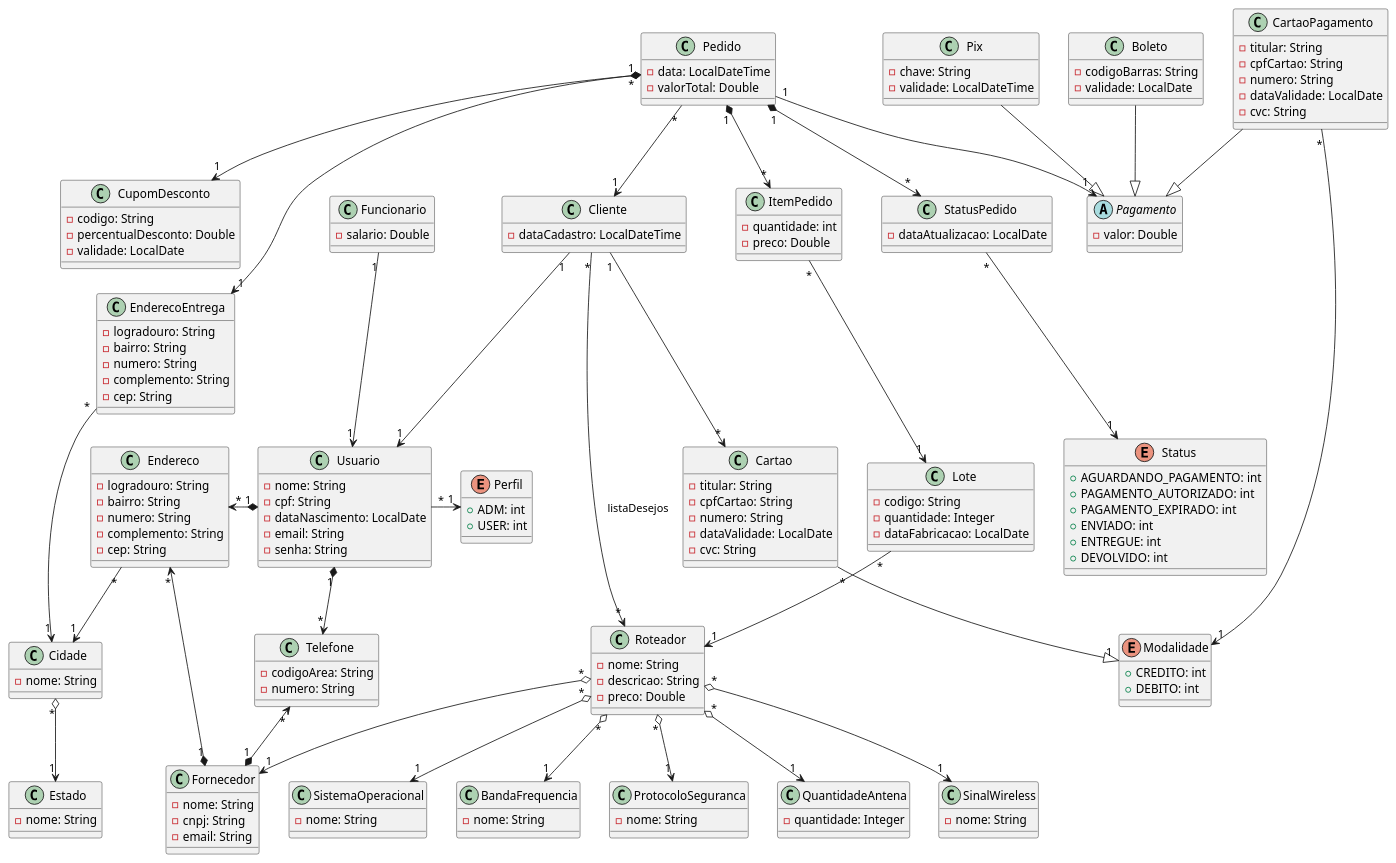
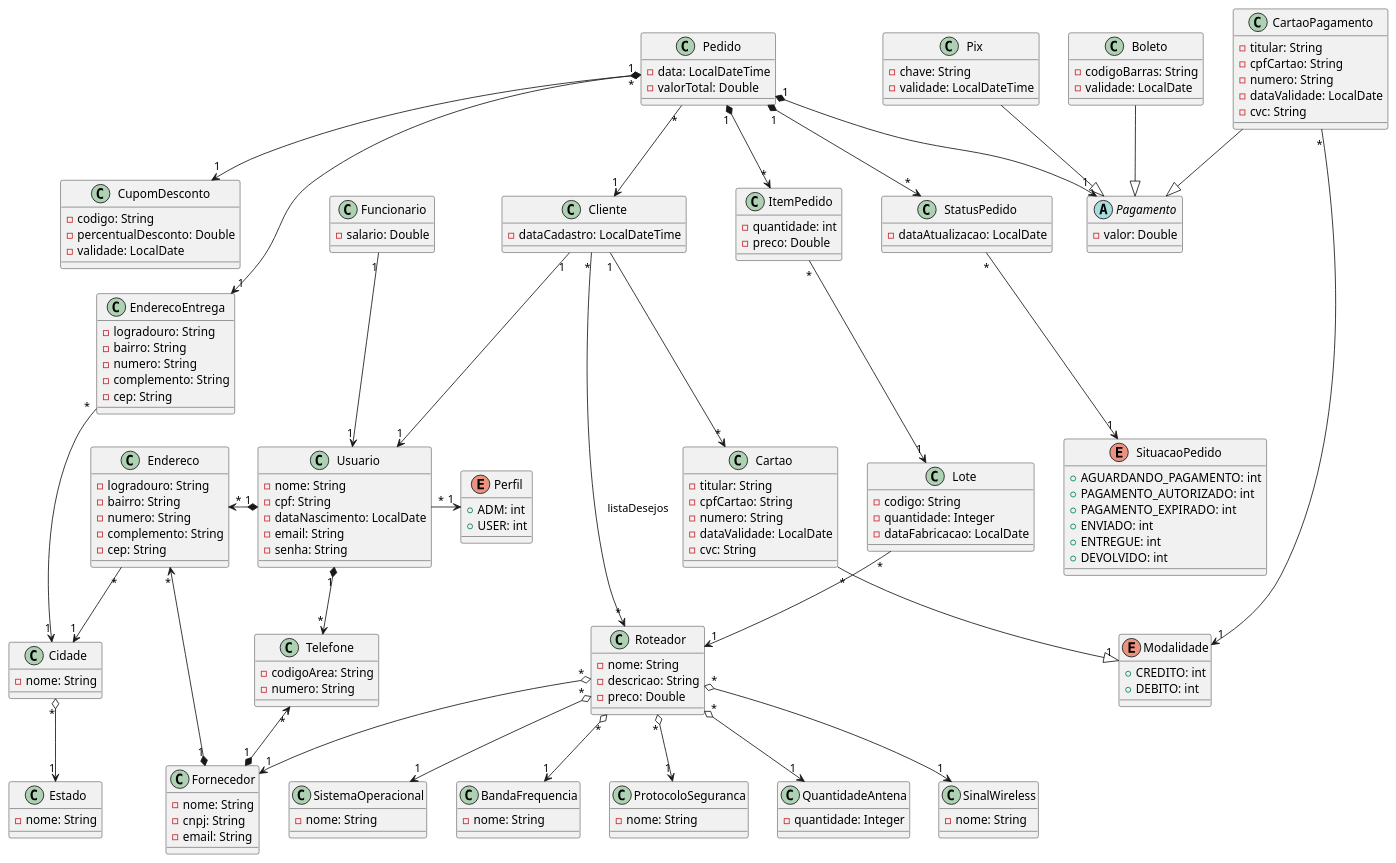
Before and after one commit to rodrigo-folha/roteadores-tp1-quarkus: the diagram in src/main/resources/roteadores.plantuml, drawn with PlantUML. The commit also changed 33 other files, not shown here.

```diff
--- a/src/main/resources/roteadores.plantuml
+++ b/src/main/resources/roteadores.plantuml
@@ -78,7 +78,7 @@
     - dataAtualizacao: LocalDate
 }
 
-enum Status {
+enum SituacaoPedido {
     + AGUARDANDO_PAGAMENTO: int
     + PAGAMENTO_AUTORIZADO: int
     + PAGAMENTO_EXPIRADO: int
@@ -184,11 +184,11 @@
 Pedido "*" --> "1" Cliente
 Pedido "1" *--> "*" ItemPedido
 Pedido "1" *--> "1" EnderecoEntrega
-Pedido "1" --> "1" Pagamento
+Pedido "1" *--> "1" Pagamento
 Pedido "1" *--> "*" StatusPedido
 Pedido "*" o--> "1" CupomDesconto
 
-StatusPedido "*" --> "1" Status
+StatusPedido "*" --> "1" SituacaoPedido
 
 ItemPedido "*" --> "1" Lote
 
```
